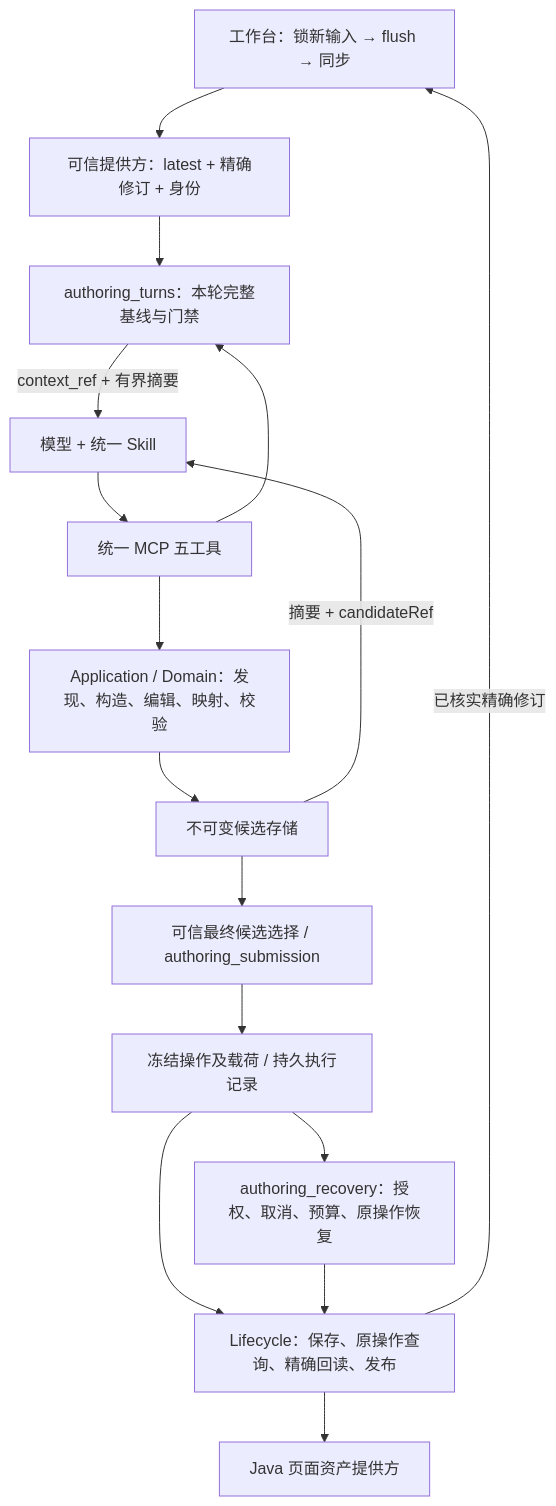
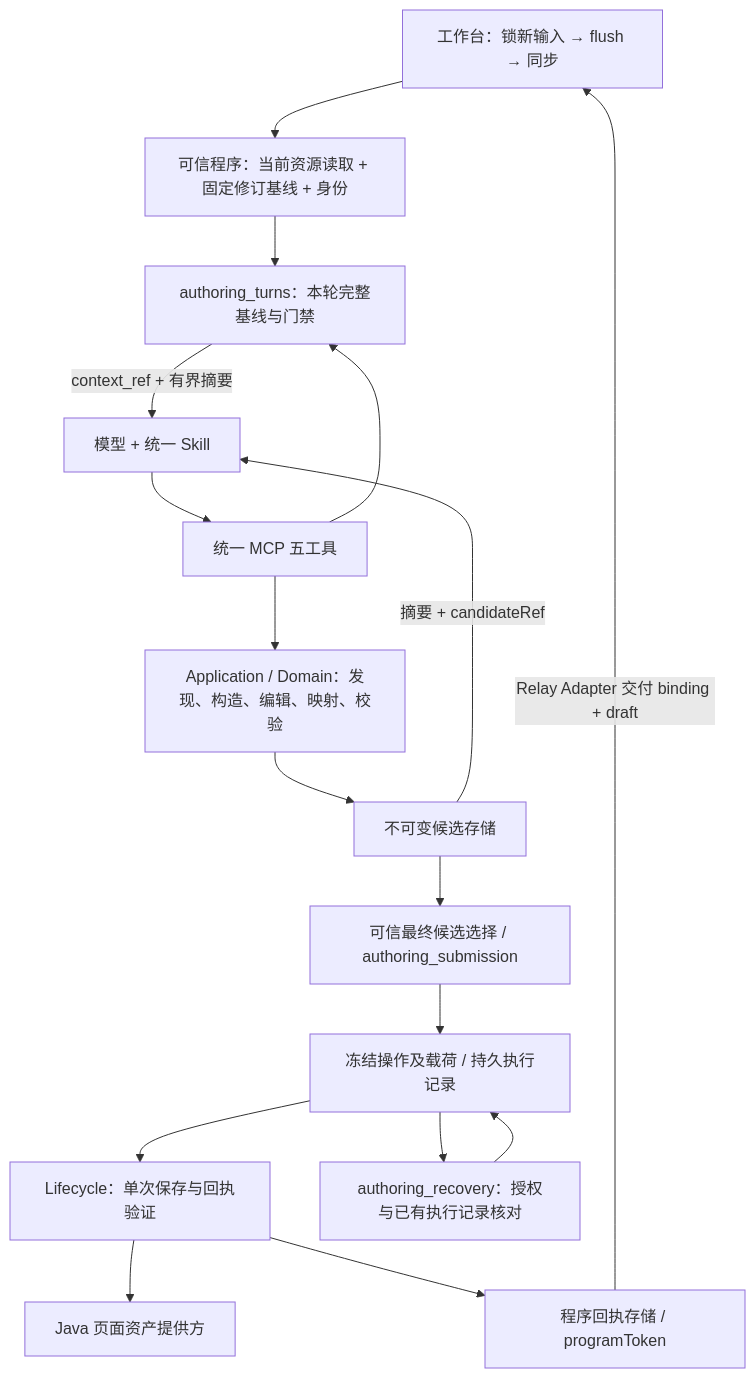
One commit to CCharlesMeng/MetricCanvas changed the diagram in metriccanvas-authoring/ARCHITECTURE.md. Above: the diagram before and after it, drawn with Mermaid. The commit also changed other lines of this file and 54 other files, not shown here.

````diff
--- a/metriccanvas-authoring/ARCHITECTURE.md
+++ b/metriccanvas-authoring/ARCHITECTURE.md
@@ -24,18 +30,19 @@
 ```mermaid
 flowchart TD
-  UI["工作台：锁新输入 → flush → 同步"] --> L["可信提供方：latest + 精确修订 + 身份"]
+  UI["工作台：锁新输入 → flush → 同步"] --> L["可信程序：当前资源读取 + 固定修订基线 + 身份"]
   L --> T["authoring_turns：本轮完整基线与门禁"]
   T -->|"context_ref + 有界摘要"| M["模型 + 统一 Skill"]
   M --> C["统一 MCP 五工具"]
   C --> T
   C --> A["Application / Domain：发现、构造、编辑、映射、校验"]
   A --> K["不可变候选存储"]
   K -->|"摘要 + candidateRef"| M
   K --> S["可信最终候选选择 / authoring_submission"]
   S --> R["冻结操作及载荷 / 持久执行记录"]
-  R --> LC["Lifecycle：保存、原操作查询、精确回读、发布"]
+  R --> LC["Lifecycle：单次保存与回执验证"]
   LC --> J["Java 页面资产提供方"]
-  R --> RE["authoring_recovery：授权、取消、预算、原操作恢复"]
-  RE --> LC
-  LC -->|"已核实精确修订"| UI
+  R --> RE["authoring_recovery：授权与已有执行记录核对"]
+  RE --> R
+  LC --> P["程序回执存储 / programToken"]
+  P -->|"Relay Adapter 交付 binding + draft"| UI
 ```
````
